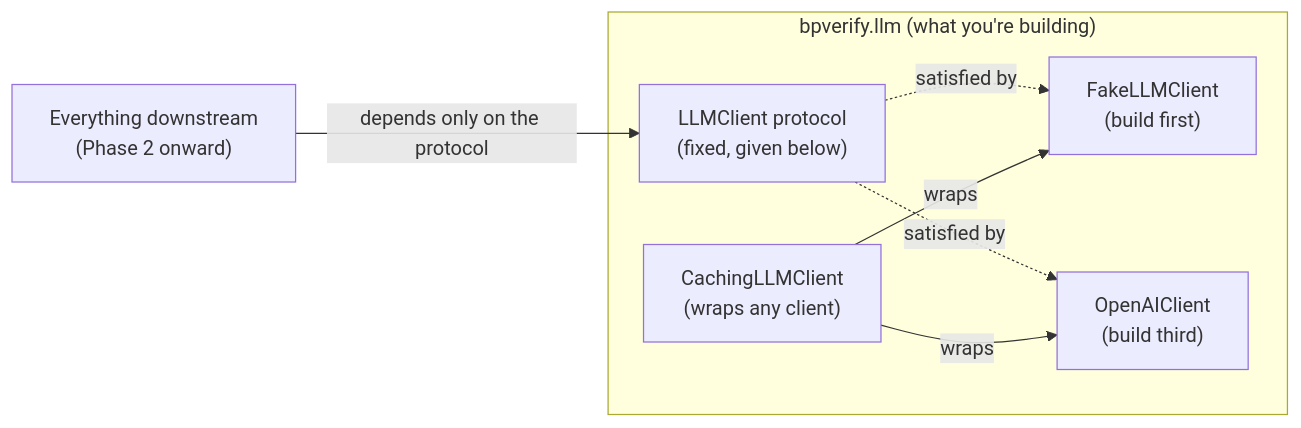
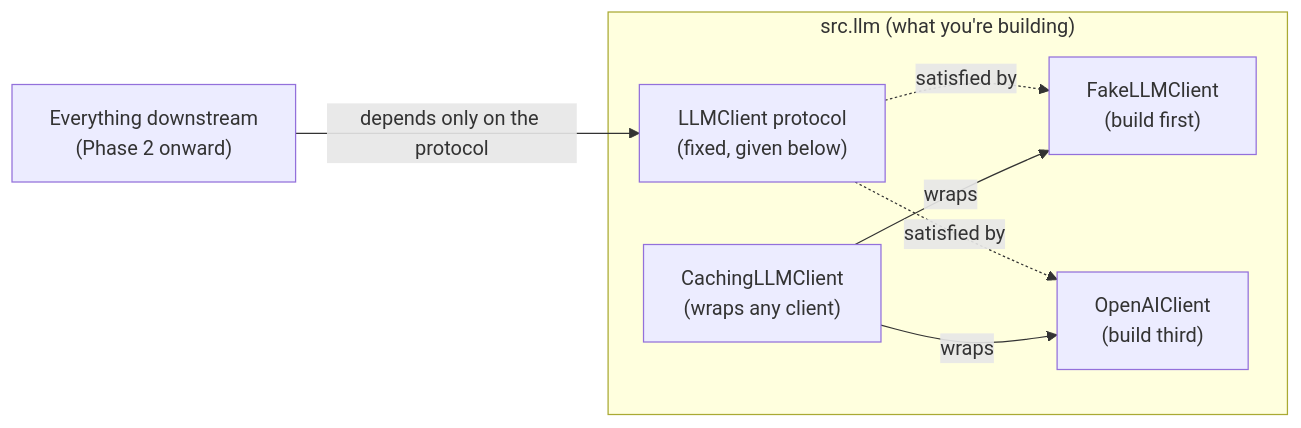
One commit to Mahakisore7/Reason-Graph changed the diagram in docs/phases/phase-1-environment-llm-access.md. Above: the diagram before and after it, drawn with Mermaid. The commit also changed other lines of this file and 12 other files, not shown here.

````diff
--- a/docs/phases/phase-1-environment-llm-access.md
+++ b/docs/phases/phase-1-environment-llm-access.md
@@ -34,14 +34,14 @@
 ```mermaid
 flowchart LR
-    subgraph "bpverify.llm (what you're building)"
+    subgraph "src.llm (what you're building)"
         Proto["LLMClient protocol<br/>(fixed, given below)"]
         Fake["FakeLLMClient<br/>(build first)"]
         Cache["CachingLLMClient<br/>(wraps any client)"]
         Real["OpenAIClient<br/>(build third)"]
     end
     Proto -.satisfied by.-> Fake
     Proto -.satisfied by.-> Real
     Cache -->|wraps| Real
     Cache -->|wraps| Fake
     Future["Everything downstream<br/>(Phase 2 onward)"] -->|depends only on the protocol| Proto
 ```
````
